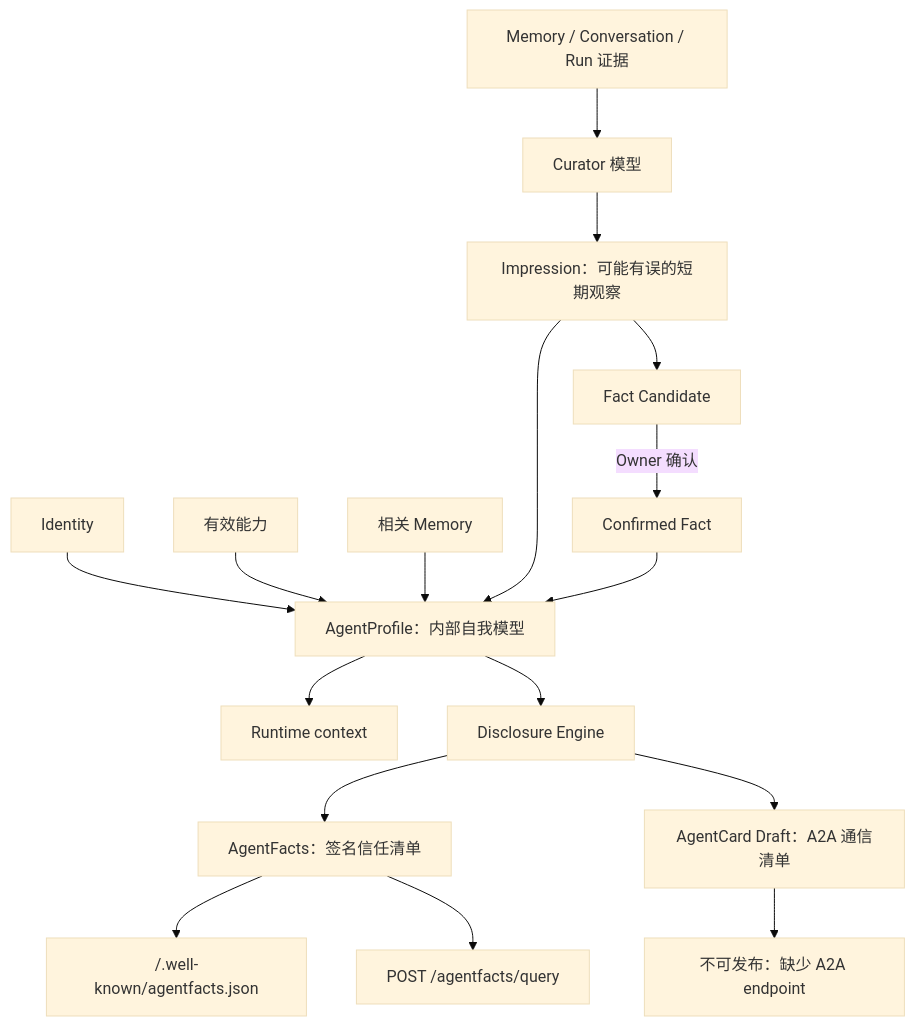
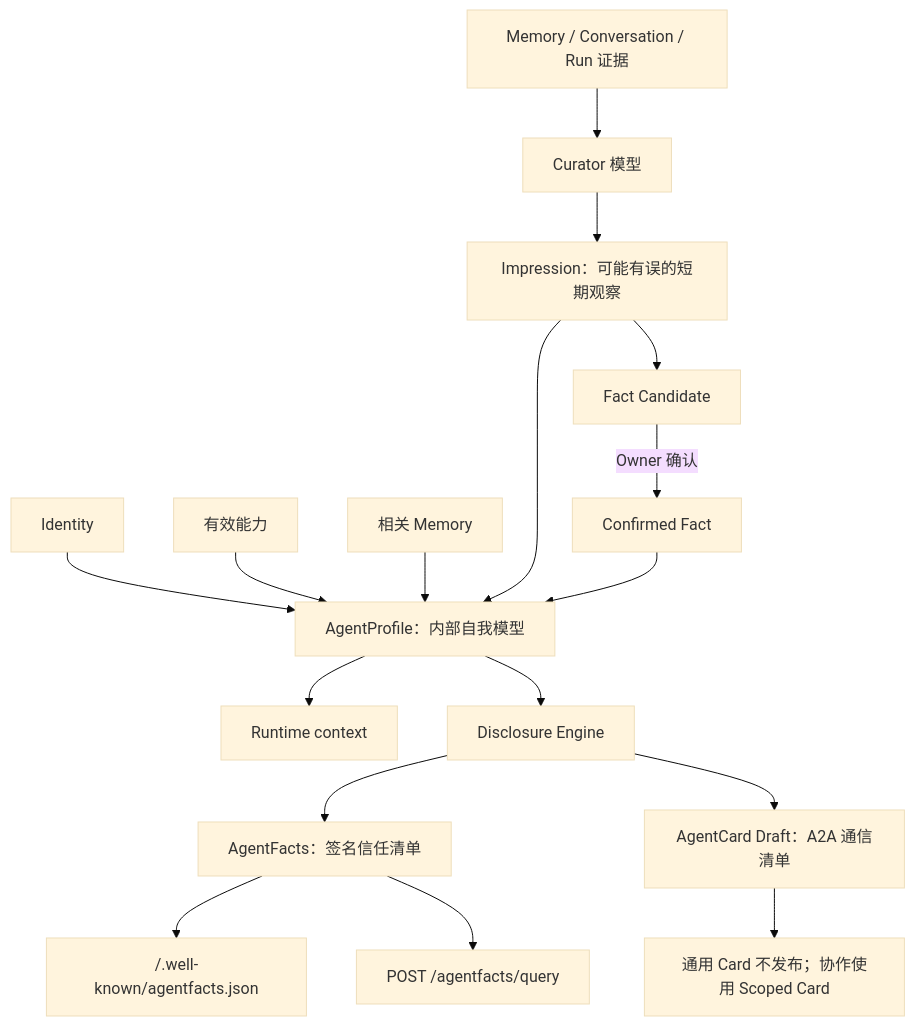
One commit to re35t/AegisLink changed the diagram in docs/02-architecture/cognitive-profile-and-publication_cn.md. Above: the diagram before and after it, drawn with Mermaid (base theme). The commit also changed 59 other files, not shown here.

````diff
--- a/docs/02-architecture/cognitive-profile-and-publication_cn.md
+++ b/docs/02-architecture/cognitive-profile-and-publication_cn.md
@@ -5,19 +5,19 @@
 ```mermaid
 flowchart TD
     evidence["Memory / Conversation / Run 证据"] --> curator["Curator 模型"]
     curator --> impression["Impression：可能有误的短期观察"]
     impression --> candidate["Fact Candidate"]
     candidate -->|"Owner 确认"| fact["Confirmed Fact"]
     identity["Identity"] --> profile["AgentProfile：内部自我模型"]
     capability["有效能力"] --> profile
     memory["相关 Memory"] --> profile
     impression --> profile
     fact --> profile
     profile --> runtime["Runtime context"]
     profile --> disclosure["Disclosure Engine"]
     disclosure --> agentfacts["AgentFacts：签名信任清单"]
     disclosure --> card["AgentCard Draft：A2A 通信清单"]
     agentfacts --> wellknown["/.well-known/agentfacts.json"]
     agentfacts --> query["POST /agentfacts/query"]
-    card --> blocker["不可发布：缺少 A2A endpoint"]
+    card --> blocker["通用 Card 不发布；协作使用 Scoped Card"]
 ```
````
